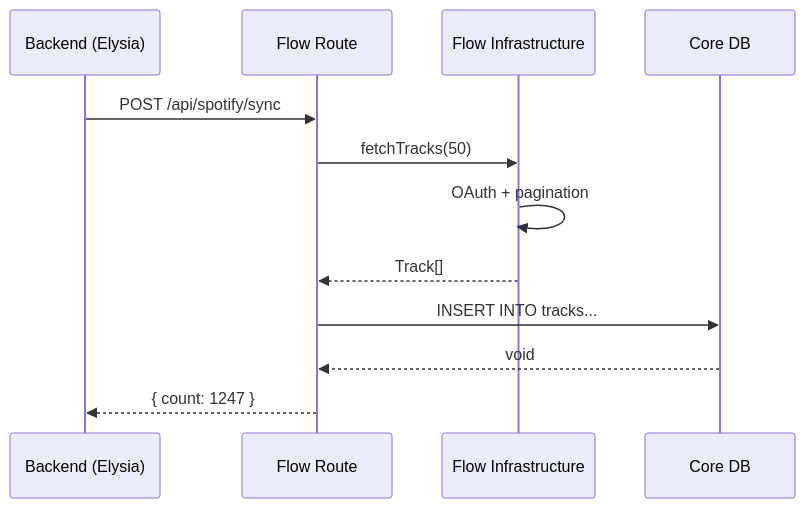
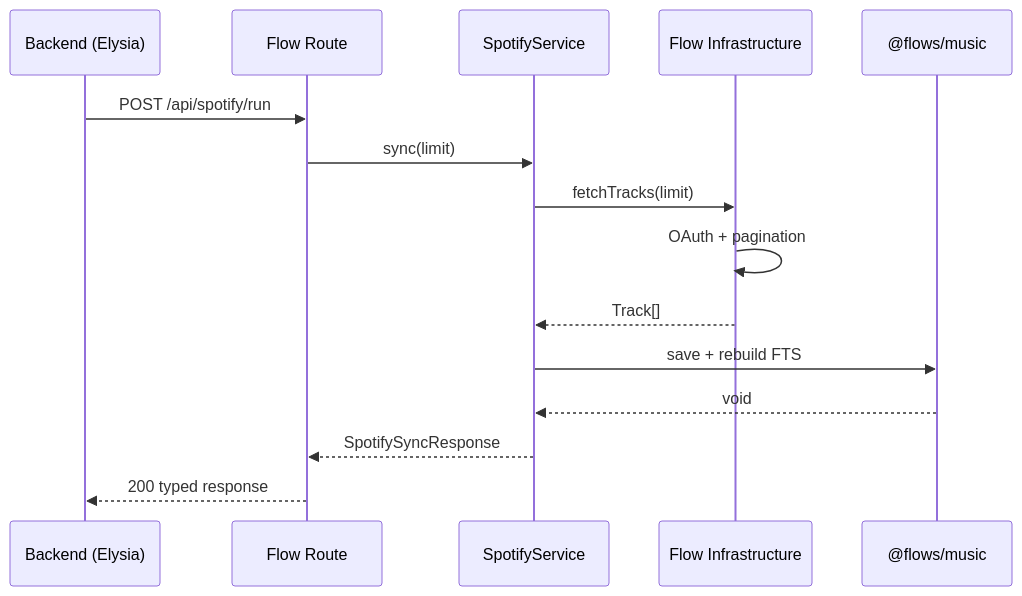
One commit to jorgesalica/flow-sample changed the diagram in docs/architecture/backend.md. Above: the diagram before and after it, drawn with Mermaid. The commit also changed other lines of this file and 38 other files, not shown here.

First line of the commit message:
refactor(music): harden Spotify and Lyrics boundaries (#77)

````diff
--- a/docs/architecture/backend.md
+++ b/docs/architecture/backend.md
@@ -105,15 +106,18 @@
 ```mermaid
 sequenceDiagram
     participant API as Backend (Elysia)
     participant Route as Flow Route
+    participant Service as SpotifyService
     participant Adapter as Flow Infrastructure
-    participant SQLite as Core DB
+    participant Music as @flows/music
 
-    API->>Route: POST /api/spotify/sync
-    Route->>Adapter: fetchTracks(50)
+    API->>Route: POST /api/spotify/run
+    Route->>Service: sync(limit)
+    Service->>Adapter: fetchTracks(limit)
     Adapter->>Adapter: OAuth + pagination
-    Adapter-->>Route: Track[]
-    Route->>SQLite: INSERT INTO tracks...
-    SQLite-->>Route: void
-    Route-->>API: { count: 1247 }
+    Adapter-->>Service: Track[]
+    Service->>Music: save + rebuild FTS
+    Music-->>Service: void
+    Service-->>Route: SpotifySyncResponse
+    Route-->>API: 200 typed response
 ```
````
